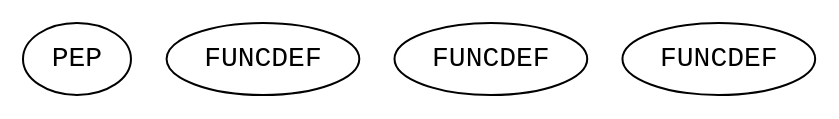
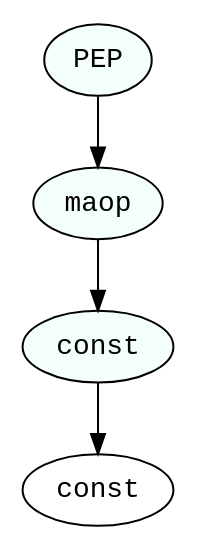
Before and after one commit to bajabrainblast/Judas-Quan-Jack: the diagram in ast.dot, drawn with Graphviz. The commit also changed 6 other files, not shown here.

```diff
--- a/ast.dot
+++ b/ast.dot
@@ -1,6 +1,9 @@
 digraph print {
- 1 [label="PEP", fontname="monospace"];
- 2 [label="FUNCDEF", fontname="monospace"];
- 3 [label="FUNCDEF", fontname="monospace"];
- 4 [label="FUNCDEF", fontname="monospace"];
+ 1 [label="const", fontname="monospace"];
+ 2 [label="const", fontname="monospace", style=filled, fillcolor=mintcream];
+ 2->1
+ 3 [label="maop", fontname="monospace", style=filled, fillcolor=mintcream];
+ 3->2
+ 4 [label="PEP", fontname="monospace", style=filled, fillcolor=mintcream];
+ 4->3
  }
```
